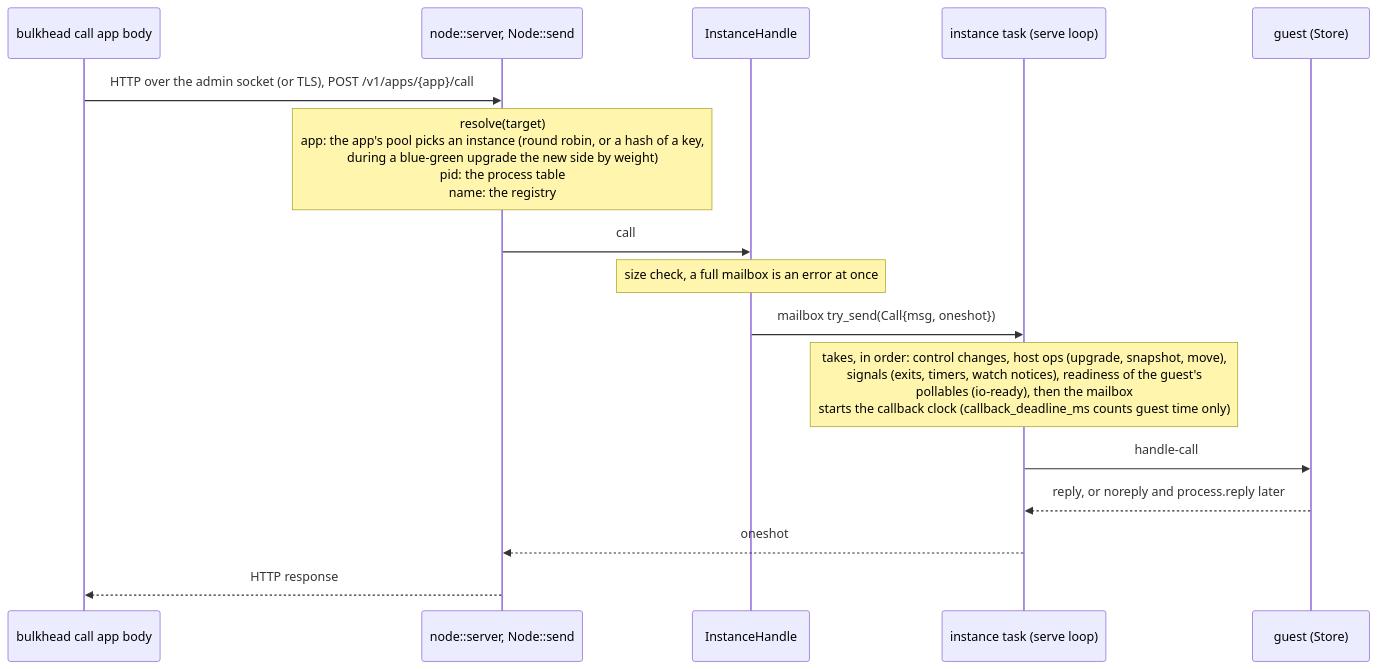
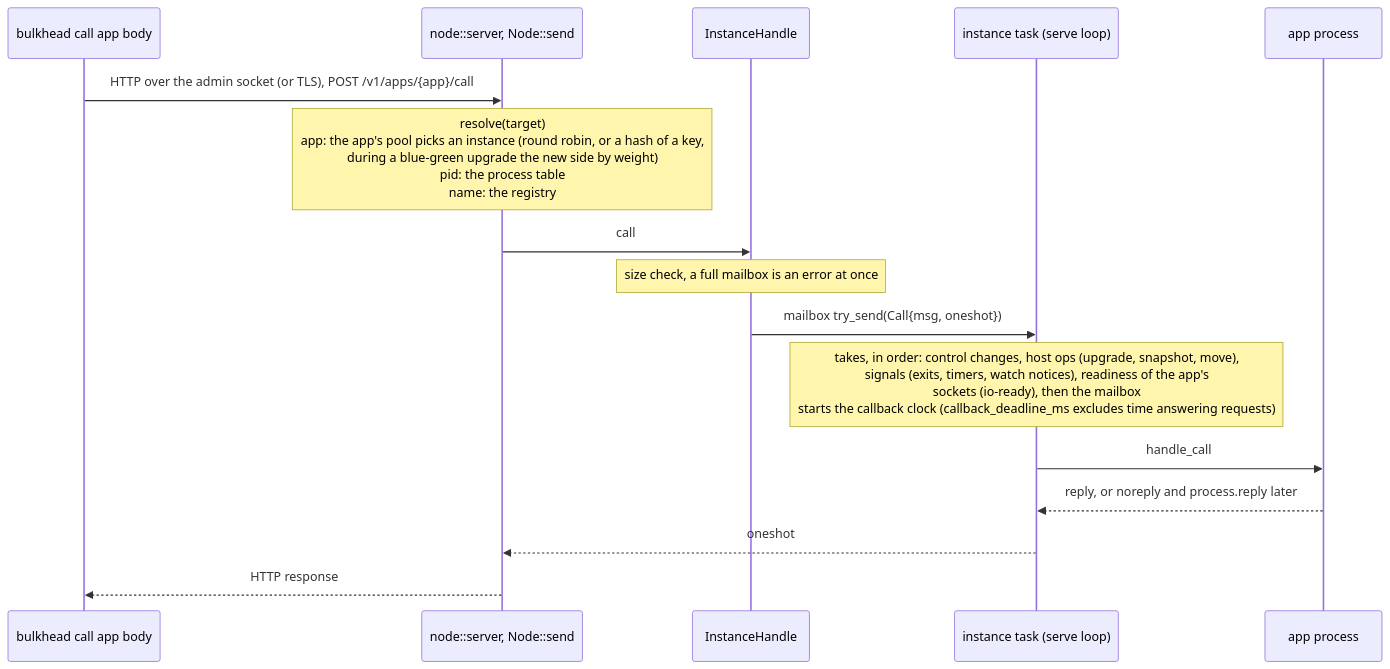
The second of 10 diagrams in docs/ARCHITECTURE.md (jrobhoward/paddock), drawn with Mermaid before and after one commit. The commit also changed other lines of this file and 13 other files, not shown here.

````diff
--- a/docs/ARCHITECTURE.md
+++ b/docs/ARCHITECTURE.md
@@ -69,18 +67,18 @@
 ```mermaid
 sequenceDiagram
     participant CLI as bulkhead call app body
     participant Node as node::server, Node::send
     participant H as InstanceHandle
     participant T as instance task (serve loop)
-    participant G as guest (Store)
+    participant G as app process
     CLI->>Node: HTTP over the admin socket (or TLS), POST /v1/apps/{app}/call
     Note over Node: resolve(target)<br/>app: the app's pool picks an instance (round robin, or a hash of a key,<br/>during a blue-green upgrade the new side by weight)<br/>pid: the process table<br/>name: the registry
     Node->>H: call
     Note over H: size check, a full mailbox is an error at once
     H->>T: mailbox try_send(Call{msg, oneshot})
-    Note over T: takes, in order: control changes, host ops (upgrade, snapshot, move),<br/>signals (exits, timers, watch notices), readiness of the guest's<br/>pollables (io-ready), then the mailbox<br/>starts the callback clock (callback_deadline_ms counts guest time only)
-    T->>G: handle-call
+    Note over T: takes, in order: control changes, host ops (upgrade, snapshot, move),<br/>signals (exits, timers, watch notices), readiness of the app's<br/>sockets (io-ready), then the mailbox<br/>starts the callback clock (callback_deadline_ms excludes time answering requests)
+    T->>G: handle_call
     G-->>T: reply, or noreply and process.reply later
     T-->>Node: oneshot
     Node-->>CLI: HTTP response
 ```
````
